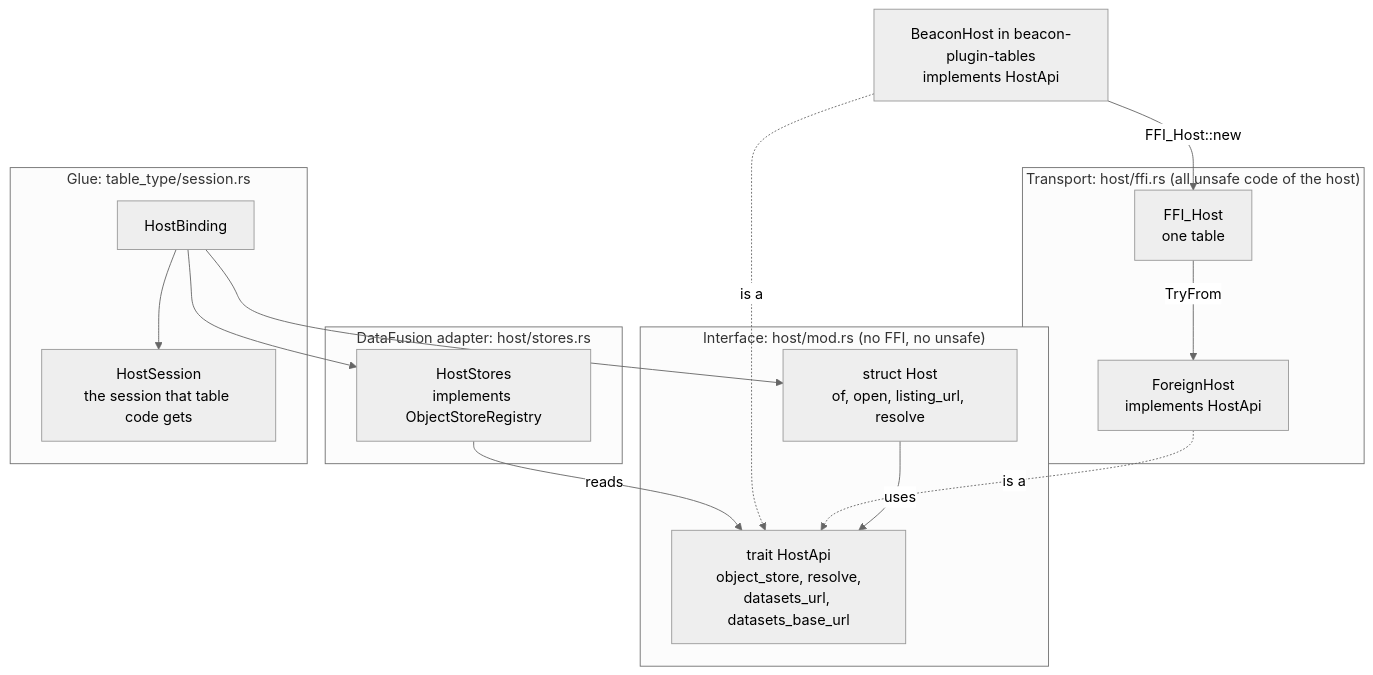
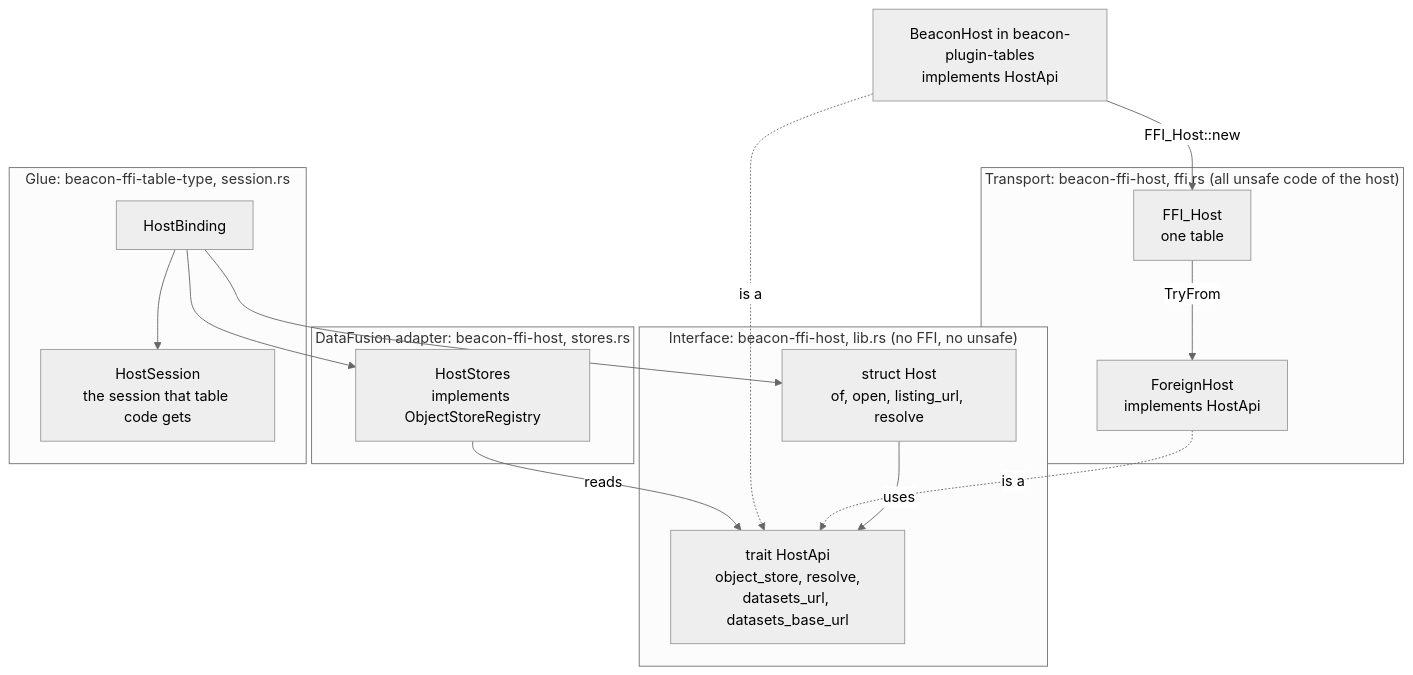
The ninth of 12 diagrams in beacon-db/beacon-plugin-sdk/ARCHITECTURE.md (maris-development/beacon), drawn with Mermaid (neutral theme) before and after one commit. The commit also changed other lines of this file, not shown here.

````diff
--- a/beacon-db/beacon-plugin-sdk/ARCHITECTURE.md
+++ b/beacon-db/beacon-plugin-sdk/ARCHITECTURE.md
@@ -258,33 +282,33 @@
 ```mermaid
 flowchart TB
-    subgraph L1["Interface: host/mod.rs (no FFI, no unsafe)"]
+    subgraph L1["Interface: beacon-ffi-host, lib.rs (no FFI, no unsafe)"]
         API["trait HostApi<br/>object_store, resolve,<br/>datasets_url, datasets_base_url"]
         H["struct Host<br/>of, open, listing_url, resolve"]
         H -->|"uses"| API
     end
 
-    subgraph L2["Transport: host/ffi.rs (all unsafe code of the host)"]
+    subgraph L2["Transport: beacon-ffi-host, ffi.rs (all unsafe code of the host)"]
         FH["FFI_Host<br/>one table"]
         FOR["ForeignHost<br/>implements HostApi"]
         FH -->|"TryFrom"| FOR
     end
 
-    subgraph L3["DataFusion adapter: host/stores.rs"]
+    subgraph L3["DataFusion adapter: beacon-ffi-host, stores.rs"]
         HS["HostStores<br/>implements ObjectStoreRegistry"]
     end
 
-    subgraph L4["Glue: table_type/session.rs"]
+    subgraph L4["Glue: beacon-ffi-table-type, session.rs"]
         HB["HostBinding"]
         SESS["HostSession<br/>the session that table code gets"]
         HB --> SESS
     end
 
     BH["BeaconHost in beacon-plugin-tables<br/>implements HostApi"]
 
     BH -->|"FFI_Host::new"| FH
     FOR -.->|"is a"| API
     BH -.->|"is a"| API
     HS -->|"reads"| API
     HB --> H
     HB --> HS
 ```
````
